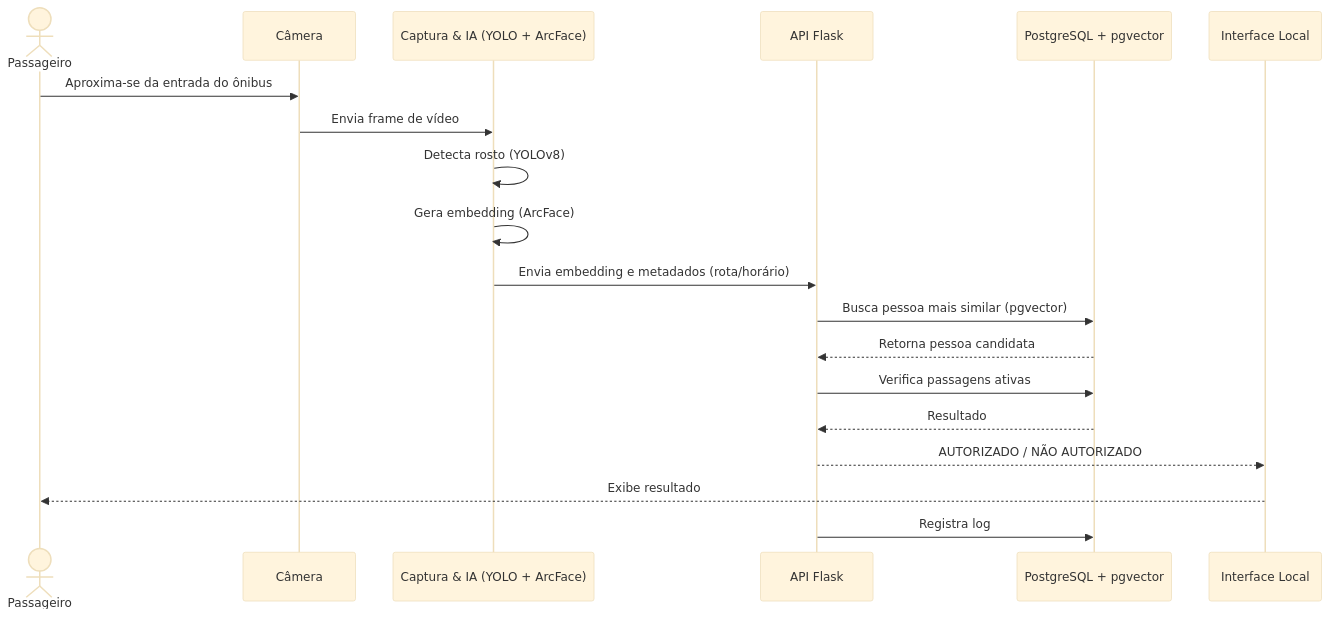
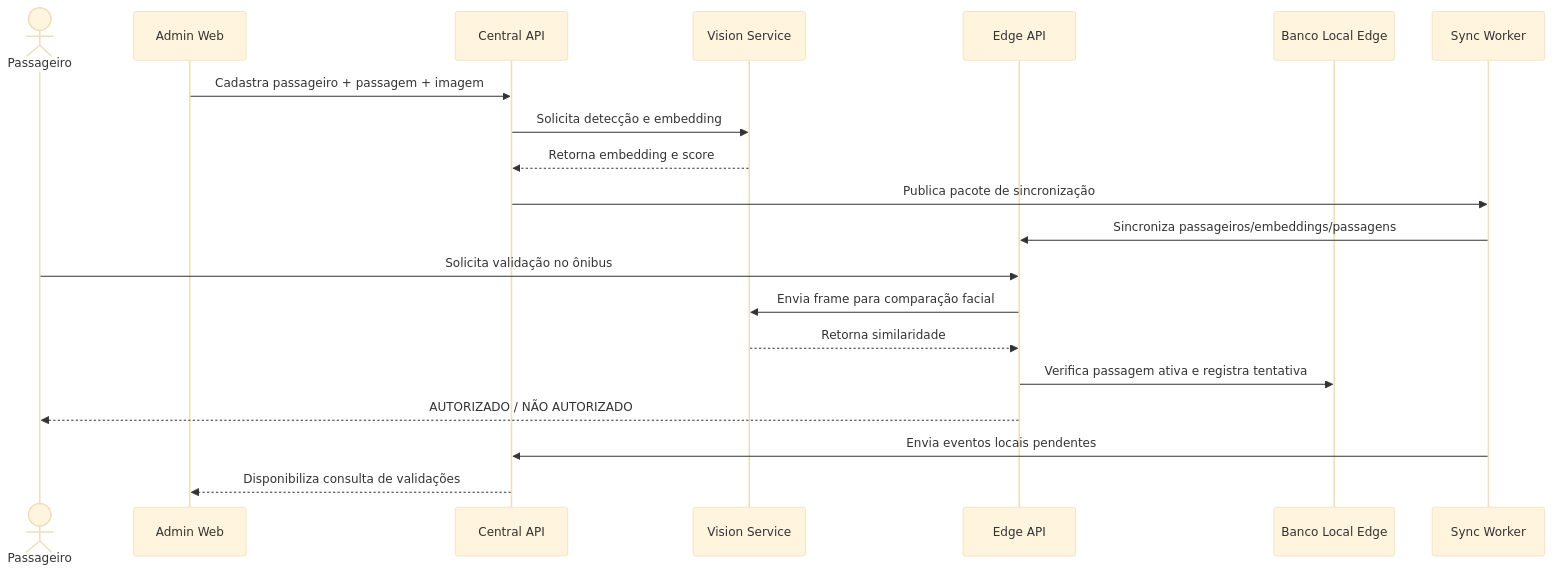
Before and after one commit to vitormz6/Sistema-De-Validacao-De-Embarque-Por-Reconhecimento-Facial: the third of 7 diagrams in README.md, drawn with Mermaid (base theme). The commit also changed other lines of this file and 302 other files, not shown here.

First line of the commit message:
Add .gitignore and set up admin web application structure

````diff
--- a/README.md
+++ b/README.md
@@ -189,22 +198,25 @@
 ```mermaid
 sequenceDiagram
     actor Passageiro
-    participant Cam as Câmera
-    participant IA as Captura & IA (YOLO + ArcFace)
-    participant API as API Flask
-    participant DB as PostgreSQL + pgvector
-    participant UI as Interface Local
+    participant Admin as Admin Web
+    participant Central as Central API
+    participant Vision as Vision Service
+    participant Edge as Edge API
+    participant LocalDB as Banco Local Edge
+    participant Worker as Sync Worker
 
-    Passageiro->>Cam: Aproxima-se da entrada do ônibus
-    Cam->>IA: Envia frame de vídeo
-    IA->>IA: Detecta rosto (YOLOv8)
-    IA->>IA: Gera embedding (ArcFace)
-    IA->>API: Envia embedding e metadados (rota/horário)
-    API->>DB: Busca pessoa mais similar (pgvector)
-    DB-->>API: Retorna pessoa candidata
-    API->>DB: Verifica passagens ativas
-    DB-->>API: Resultado
-    API-->>UI: AUTORIZADO / NÃO AUTORIZADO
-    UI-->>Passageiro: Exibe resultado
-    API->>DB: Registra log
+    Admin->>Central: Cadastra passageiro + passagem + imagem
+    Central->>Vision: Solicita detecção e embedding
+    Vision-->>Central: Retorna embedding e score
+    Central->>Worker: Publica pacote de sincronização
+    Worker->>Edge: Sincroniza passageiros/embeddings/passagens
+
+    Passageiro->>Edge: Solicita validação no ônibus
+    Edge->>Vision: Envia frame para comparação facial
+    Vision-->>Edge: Retorna similaridade
+    Edge->>LocalDB: Verifica passagem ativa e registra tentativa
+    Edge-->>Passageiro: AUTORIZADO / NÃO AUTORIZADO
+
+    Worker->>Central: Envia eventos locais pendentes
+    Central-->>Admin: Disponibiliza consulta de validações
 ```
````
